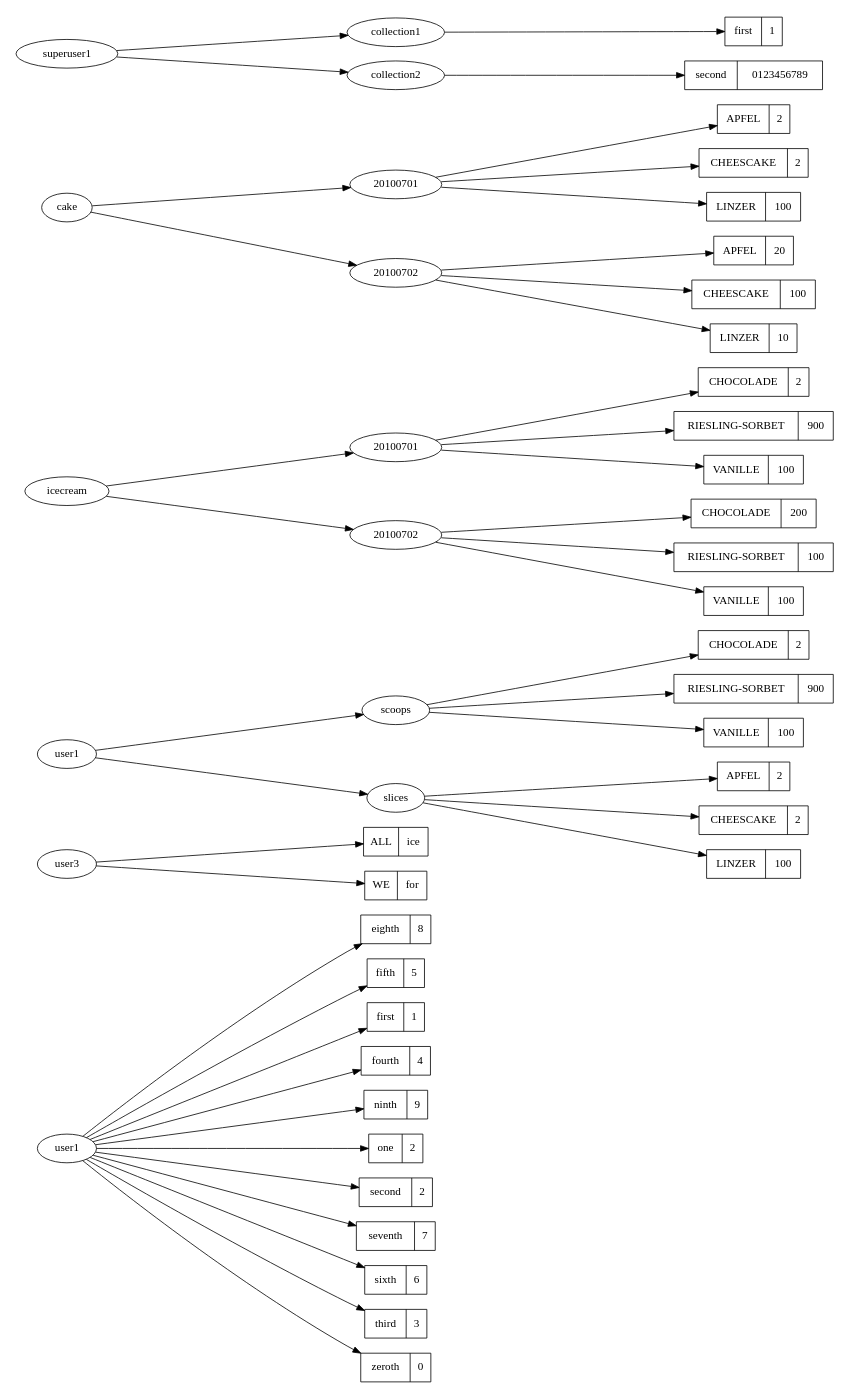
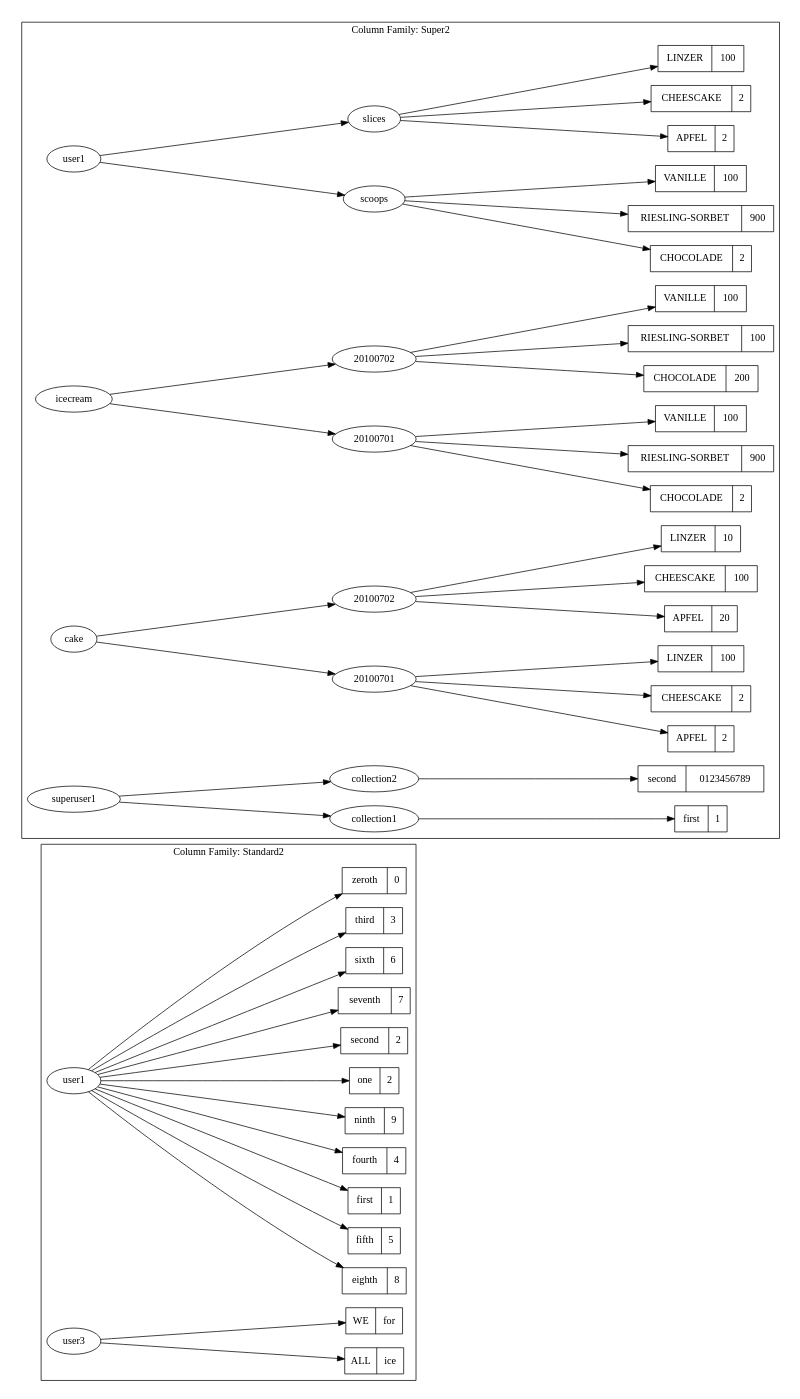
The diagram in READMES/ks.dot (lisp/de.setf.cassandra), drawn with Graphviz before and after one commit.

Commit message:
... testing

```diff
--- a/READMES/ks.dot
+++ b/READMES/ks.dot
@@ -1,34 +1,34 @@
-digraph ks { rankdir=LR; size="11,11"; ranksep="4";subgraph CF6740 { label="Column Family: Standard2";KEYSLICE6741 [label=user1];
-COLUMN6742 [label="{eighth | 8}", shape=record];KEYSLICE6741 -> COLUMN6742 ;
-COLUMN6743 [label="{fifth | 5}", shape=record];KEYSLICE6741 -> COLUMN6743 ;
-COLUMN6744 [label="{first | 1}", shape=record];KEYSLICE6741 -> COLUMN6744 ;
-COLUMN6745 [label="{fourth | 4}", shape=record];KEYSLICE6741 -> COLUMN6745 ;
-COLUMN6746 [label="{ninth | 9}", shape=record];KEYSLICE6741 -> COLUMN6746 ;
-COLUMN6747 [label="{one | 2}", shape=record];KEYSLICE6741 -> COLUMN6747 ;
-COLUMN6748 [label="{second | 2}", shape=record];KEYSLICE6741 -> COLUMN6748 ;
-COLUMN6749 [label="{seventh | 7}", shape=record];KEYSLICE6741 -> COLUMN6749 ;
-COLUMN6750 [label="{sixth | 6}", shape=record];KEYSLICE6741 -> COLUMN6750 ;
-COLUMN6751 [label="{third | 3}", shape=record];KEYSLICE6741 -> COLUMN6751 ;
-COLUMN6752 [label="{zeroth | 0}", shape=record];KEYSLICE6741 -> COLUMN6752 ;KEYSLICE6753 [label=user3];
-COLUMN6754 [label="{ALL | ice}", shape=record];KEYSLICE6753 -> COLUMN6754 ;
-COLUMN6755 [label="{WE | for}", shape=record];KEYSLICE6753 -> COLUMN6755 ;}subgraph CF6756 { label="Column Family: Super1";}subgraph CF6757 { label="Column Family: Standard1";}subgraph CF6758 { label="Column Family: Super2";KEYSLICE6759 [label=user1];SUPERCOLUMN6760 [label=scoops];
-COLUMN6761 [label="{CHOCOLADE | 2}", shape=record];SUPERCOLUMN6760 -> COLUMN6761 ;
-COLUMN6762 [label="{RIESLING-SORBET | 900}", shape=record];SUPERCOLUMN6760 -> COLUMN6762 ;
-COLUMN6763 [label="{VANILLE | 100}", shape=record];SUPERCOLUMN6760 -> COLUMN6763 ;KEYSLICE6759 -> SUPERCOLUMN6760 ;SUPERCOLUMN6764 [label=slices];
-COLUMN6765 [label="{APFEL | 2}", shape=record];SUPERCOLUMN6764 -> COLUMN6765 ;
-COLUMN6766 [label="{CHEESCAKE | 2}", shape=record];SUPERCOLUMN6764 -> COLUMN6766 ;
-COLUMN6767 [label="{LINZER | 100}", shape=record];SUPERCOLUMN6764 -> COLUMN6767 ;KEYSLICE6759 -> SUPERCOLUMN6764 ;KEYSLICE6768 [label=icecream];SUPERCOLUMN6769 [label="20100701"];
-COLUMN6770 [label="{CHOCOLADE | 2}", shape=record];SUPERCOLUMN6769 -> COLUMN6770 ;
-COLUMN6771 [label="{RIESLING-SORBET | 900}", shape=record];SUPERCOLUMN6769 -> COLUMN6771 ;
-COLUMN6772 [label="{VANILLE | 100}", shape=record];SUPERCOLUMN6769 -> COLUMN6772 ;KEYSLICE6768 -> SUPERCOLUMN6769 ;SUPERCOLUMN6773 [label="20100702"];
-COLUMN6774 [label="{CHOCOLADE | 200}", shape=record];SUPERCOLUMN6773 -> COLUMN6774 ;
-COLUMN6775 [label="{RIESLING-SORBET | 100}", shape=record];SUPERCOLUMN6773 -> COLUMN6775 ;
-COLUMN6776 [label="{VANILLE | 100}", shape=record];SUPERCOLUMN6773 -> COLUMN6776 ;KEYSLICE6768 -> SUPERCOLUMN6773 ;KEYSLICE6777 [label=cake];SUPERCOLUMN6778 [label="20100701"];
-COLUMN6779 [label="{APFEL | 2}", shape=record];SUPERCOLUMN6778 -> COLUMN6779 ;
-COLUMN6780 [label="{CHEESCAKE | 2}", shape=record];SUPERCOLUMN6778 -> COLUMN6780 ;
-COLUMN6781 [label="{LINZER | 100}", shape=record];SUPERCOLUMN6778 -> COLUMN6781 ;KEYSLICE6777 -> SUPERCOLUMN6778 ;SUPERCOLUMN6782 [label="20100702"];
-COLUMN6783 [label="{APFEL | 20}", shape=record];SUPERCOLUMN6782 -> COLUMN6783 ;
-COLUMN6784 [label="{CHEESCAKE | 100}", shape=record];SUPERCOLUMN6782 -> COLUMN6784 ;
-COLUMN6785 [label="{LINZER | 10}", shape=record];SUPERCOLUMN6782 -> COLUMN6785 ;KEYSLICE6777 -> SUPERCOLUMN6782 ;KEYSLICE6786 [label=superuser1];SUPERCOLUMN6787 [label=collection1];
-COLUMN6788 [label="{first | 1}", shape=record];SUPERCOLUMN6787 -> COLUMN6788 ;KEYSLICE6786 -> SUPERCOLUMN6787 ;SUPERCOLUMN6789 [label=collection2];
-COLUMN6790 [label="{second | 0123456789}", shape=record];SUPERCOLUMN6789 -> COLUMN6790 ;KEYSLICE6786 -> SUPERCOLUMN6789 ;}subgraph CF6791 { label="Column Family: StandardByUUID1";}}
+digraph ks { rankdir=LR; size="11,11"; ranksep="4";subgraph cluster6793 { label="Column Family: Standard2";KEYSLICE6794 [label=user1];
+COLUMN6795 [label="{eighth | 8}", shape=record];KEYSLICE6794 -> COLUMN6795 ;
+COLUMN6796 [label="{fifth | 5}", shape=record];KEYSLICE6794 -> COLUMN6796 ;
+COLUMN6797 [label="{first | 1}", shape=record];KEYSLICE6794 -> COLUMN6797 ;
+COLUMN6798 [label="{fourth | 4}", shape=record];KEYSLICE6794 -> COLUMN6798 ;
+COLUMN6799 [label="{ninth | 9}", shape=record];KEYSLICE6794 -> COLUMN6799 ;
+COLUMN6800 [label="{one | 2}", shape=record];KEYSLICE6794 -> COLUMN6800 ;
+COLUMN6801 [label="{second | 2}", shape=record];KEYSLICE6794 -> COLUMN6801 ;
+COLUMN6802 [label="{seventh | 7}", shape=record];KEYSLICE6794 -> COLUMN6802 ;
+COLUMN6803 [label="{sixth | 6}", shape=record];KEYSLICE6794 -> COLUMN6803 ;
+COLUMN6804 [label="{third | 3}", shape=record];KEYSLICE6794 -> COLUMN6804 ;
+COLUMN6805 [label="{zeroth | 0}", shape=record];KEYSLICE6794 -> COLUMN6805 ;KEYSLICE6806 [label=user3];
+COLUMN6807 [label="{ALL | ice}", shape=record];KEYSLICE6806 -> COLUMN6807 ;
+COLUMN6808 [label="{WE | for}", shape=record];KEYSLICE6806 -> COLUMN6808 ;}subgraph cluster6809 { label="Column Family: Super1";}subgraph cluster6810 { label="Column Family: Standard1";}subgraph cluster6811 { label="Column Family: Super2";KEYSLICE6812 [label=user1];SUPERCOLUMN6813 [label=scoops];
+COLUMN6814 [label="{CHOCOLADE | 2}", shape=record];SUPERCOLUMN6813 -> COLUMN6814 ;
+COLUMN6815 [label="{RIESLING-SORBET | 900}", shape=record];SUPERCOLUMN6813 -> COLUMN6815 ;
+COLUMN6816 [label="{VANILLE | 100}", shape=record];SUPERCOLUMN6813 -> COLUMN6816 ;KEYSLICE6812 -> SUPERCOLUMN6813 ;SUPERCOLUMN6817 [label=slices];
+COLUMN6818 [label="{APFEL | 2}", shape=record];SUPERCOLUMN6817 -> COLUMN6818 ;
+COLUMN6819 [label="{CHEESCAKE | 2}", shape=record];SUPERCOLUMN6817 -> COLUMN6819 ;
+COLUMN6820 [label="{LINZER | 100}", shape=record];SUPERCOLUMN6817 -> COLUMN6820 ;KEYSLICE6812 -> SUPERCOLUMN6817 ;KEYSLICE6821 [label=icecream];SUPERCOLUMN6822 [label="20100701"];
+COLUMN6823 [label="{CHOCOLADE | 2}", shape=record];SUPERCOLUMN6822 -> COLUMN6823 ;
+COLUMN6824 [label="{RIESLING-SORBET | 900}", shape=record];SUPERCOLUMN6822 -> COLUMN6824 ;
+COLUMN6825 [label="{VANILLE | 100}", shape=record];SUPERCOLUMN6822 -> COLUMN6825 ;KEYSLICE6821 -> SUPERCOLUMN6822 ;SUPERCOLUMN6826 [label="20100702"];
+COLUMN6827 [label="{CHOCOLADE | 200}", shape=record];SUPERCOLUMN6826 -> COLUMN6827 ;
+COLUMN6828 [label="{RIESLING-SORBET | 100}", shape=record];SUPERCOLUMN6826 -> COLUMN6828 ;
+COLUMN6829 [label="{VANILLE | 100}", shape=record];SUPERCOLUMN6826 -> COLUMN6829 ;KEYSLICE6821 -> SUPERCOLUMN6826 ;KEYSLICE6830 [label=cake];SUPERCOLUMN6831 [label="20100701"];
+COLUMN6832 [label="{APFEL | 2}", shape=record];SUPERCOLUMN6831 -> COLUMN6832 ;
+COLUMN6833 [label="{CHEESCAKE | 2}", shape=record];SUPERCOLUMN6831 -> COLUMN6833 ;
+COLUMN6834 [label="{LINZER | 100}", shape=record];SUPERCOLUMN6831 -> COLUMN6834 ;KEYSLICE6830 -> SUPERCOLUMN6831 ;SUPERCOLUMN6835 [label="20100702"];
+COLUMN6836 [label="{APFEL | 20}", shape=record];SUPERCOLUMN6835 -> COLUMN6836 ;
+COLUMN6837 [label="{CHEESCAKE | 100}", shape=record];SUPERCOLUMN6835 -> COLUMN6837 ;
+COLUMN6838 [label="{LINZER | 10}", shape=record];SUPERCOLUMN6835 -> COLUMN6838 ;KEYSLICE6830 -> SUPERCOLUMN6835 ;KEYSLICE6839 [label=superuser1];SUPERCOLUMN6840 [label=collection1];
+COLUMN6841 [label="{first | 1}", shape=record];SUPERCOLUMN6840 -> COLUMN6841 ;KEYSLICE6839 -> SUPERCOLUMN6840 ;SUPERCOLUMN6842 [label=collection2];
+COLUMN6843 [label="{second | 0123456789}", shape=record];SUPERCOLUMN6842 -> COLUMN6843 ;KEYSLICE6839 -> SUPERCOLUMN6842 ;}subgraph cluster6844 { label="Column Family: StandardByUUID1";}}
```
